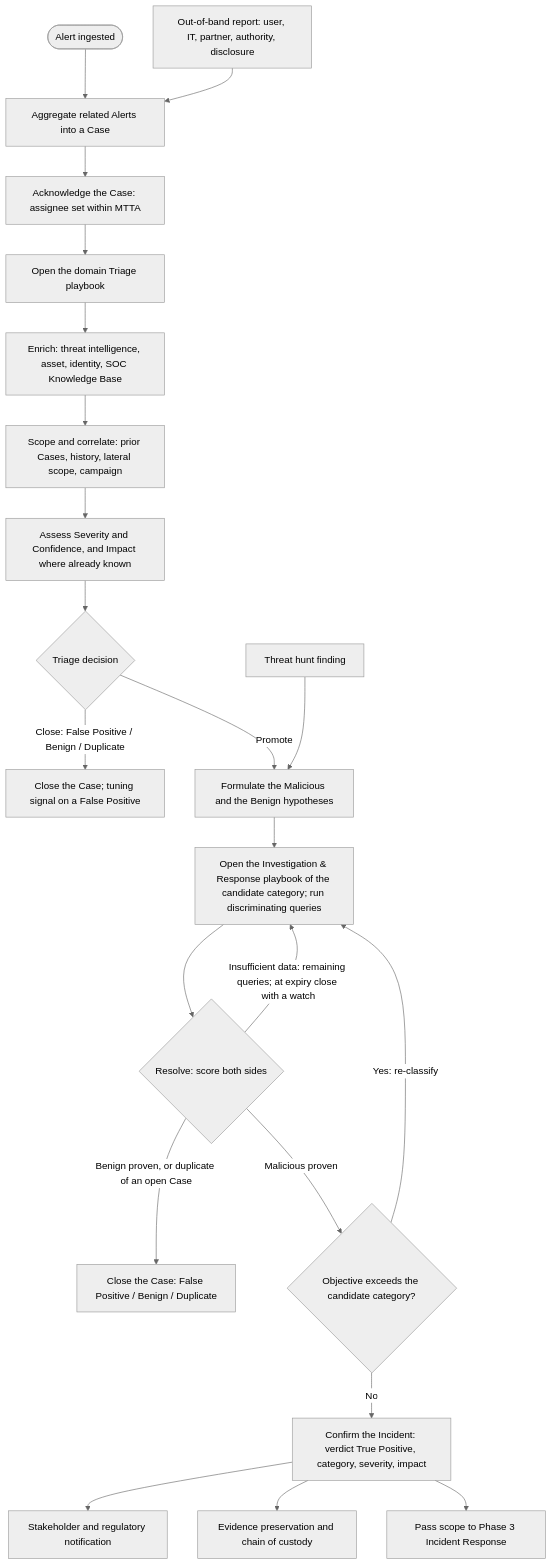
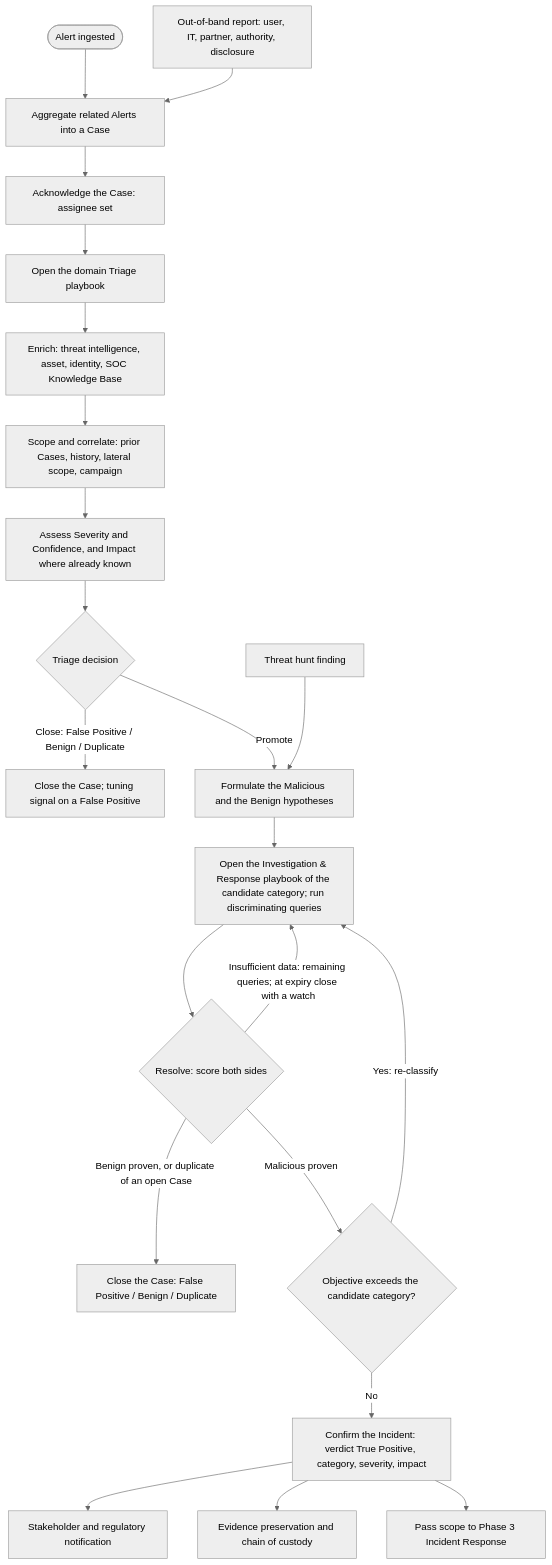
Before and after one commit to ZeroSOC/zerosoc-framework: the diagram in 03-Processes/02-detection_and_analysis.md, drawn with Mermaid (neutral theme). The commit also changed other lines of this file and 9 other files, not shown here.

Commit message:
docs: Metrics draft — consolidated to 19 metrics, MTTV renamed MTTI, MTTA dropped, MTTR redefined to recovery; Disposition Mix and Verdict Overturn Rate absorb the noise and escalation metrics; Duplicate/Insufficient Data in the gates; deferred metrics to the Roadmap; cross-document renames

````diff
--- a/03-Processes/02-detection_and_analysis.md
+++ b/03-Processes/02-detection_and_analysis.md
@@ -17,24 +17,24 @@
 ```mermaid
 graph TD
     Start([Alert ingested]) --> Agg[Aggregate related Alerts into a Case]
     OOB[Out-of-band report: user, IT, partner, authority, disclosure] --> Agg
-    Agg --> Ack[Acknowledge the Case: assignee set within MTTA]
+    Agg --> Ack[Acknowledge the Case: assignee set]
     Ack --> Cart[Open the domain Triage playbook]
     Cart --> Enrich[Enrich: threat intelligence, asset, identity, SOC Knowledge Base]
     Enrich --> Scope[Scope and correlate: prior Cases, history, lateral scope, campaign]
     Scope --> Prioritize[Assess Severity and Confidence, and Impact where already known]
     Prioritize --> TriageDecision{Triage decision}
     TriageDecision -->|"Close: False Positive / Benign / Duplicate"| CloseT[Close the Case; tuning signal on a False Positive]
     TriageDecision -->|Promote| Hyp[Formulate the Malicious and the Benign hypotheses]
     Hunt[Threat hunt finding] --> Hyp
     Hyp --> Playbooks[Open the Investigation & Response playbook of the candidate category; run discriminating queries]
     Playbooks --> Resolve{Resolve: score both sides}
     Resolve -->|"Benign proven, or duplicate of an open Case"| CloseI[Close the Case: False Positive / Benign / Duplicate]
     Resolve -->|"Insufficient data: remaining queries; at expiry close with a watch"| Playbooks
     Resolve -->|"Malicious proven"| Reclass{Objective exceeds the candidate category?}
     Reclass -->|"Yes: re-classify"| Playbooks
     Reclass -->|No| Decl[Confirm the Incident: verdict True Positive, category, severity, impact]
     Decl --> Notify[Stakeholder and regulatory notification]
     Decl --> Evid[Evidence preservation and chain of custody]
     Decl --> Pass[Pass scope to Phase 3 Incident Response]
 ```
````
